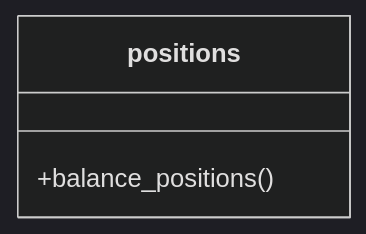
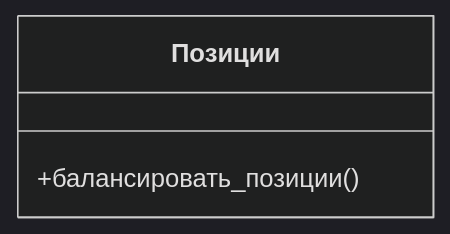
One commit to Marat22/MiriadRobotDocs changed the seventh of 11 diagrams in controller-logic.md. Above: the diagram before and after it, drawn with Mermaid (dark theme). The commit also changed other lines of this file, not shown here.

````diff
--- a/controller-logic.md
+++ b/controller-logic.md
@@ -163,6 +174,6 @@
 ```mermaid
 classDiagram
-  class positions{
-    +balance_positions()
+  class Позиции{
+    +балансировать_позиции()
   }
 ```
````
